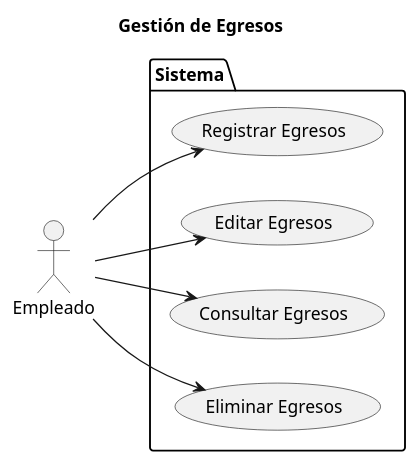
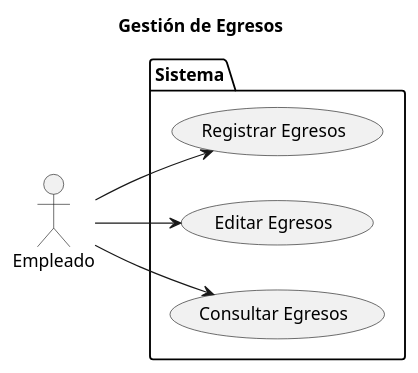
One commit to marcelolezcanodev/GarageGuru changed the diagram in Diagramas/casos_de_uso_Egresos.plantuml. Above: the diagram before and after it, drawn with PlantUML. The commit also changed 11 other files, not shown here.

```diff
--- a/Diagramas/casos_de_uso_Egresos.plantuml
+++ b/Diagramas/casos_de_uso_Egresos.plantuml
@@ -1,23 +1,23 @@
 @startuml caso_de_uso_egresos
 
 left to right direction
 
 title Gestión de Egresos
 
 actor Empleado as User
 
 package Sistema {
 
     USECASE "Registrar Egresos" as UC_Registrar
     USECASE "Editar Egresos" as UC_Editar
     USECASE "Consultar Egresos" as UC_Consultar
-    USECASE "Eliminar Egresos" as UC_Eliminar
+    'USECASE "Eliminar Egresos" as UC_Eliminar
 
 }
 
 User --> UC_Registrar
 User --> UC_Editar
 User --> UC_Consultar
-User --> UC_Eliminar
+'User --> UC_Eliminar
 
 @enduml
```
